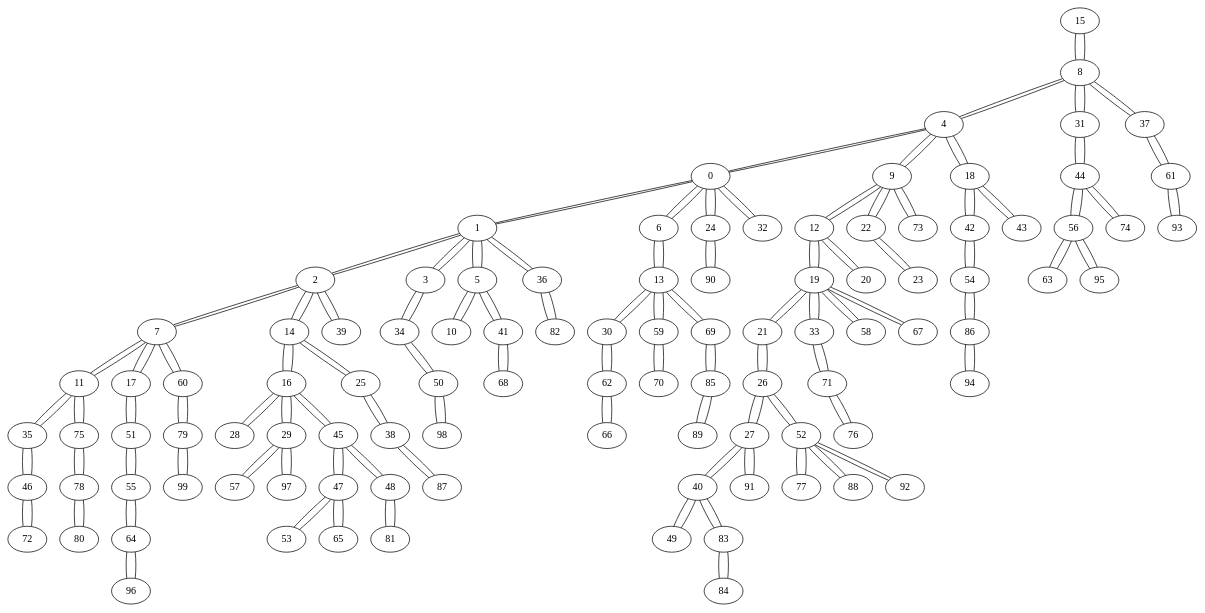
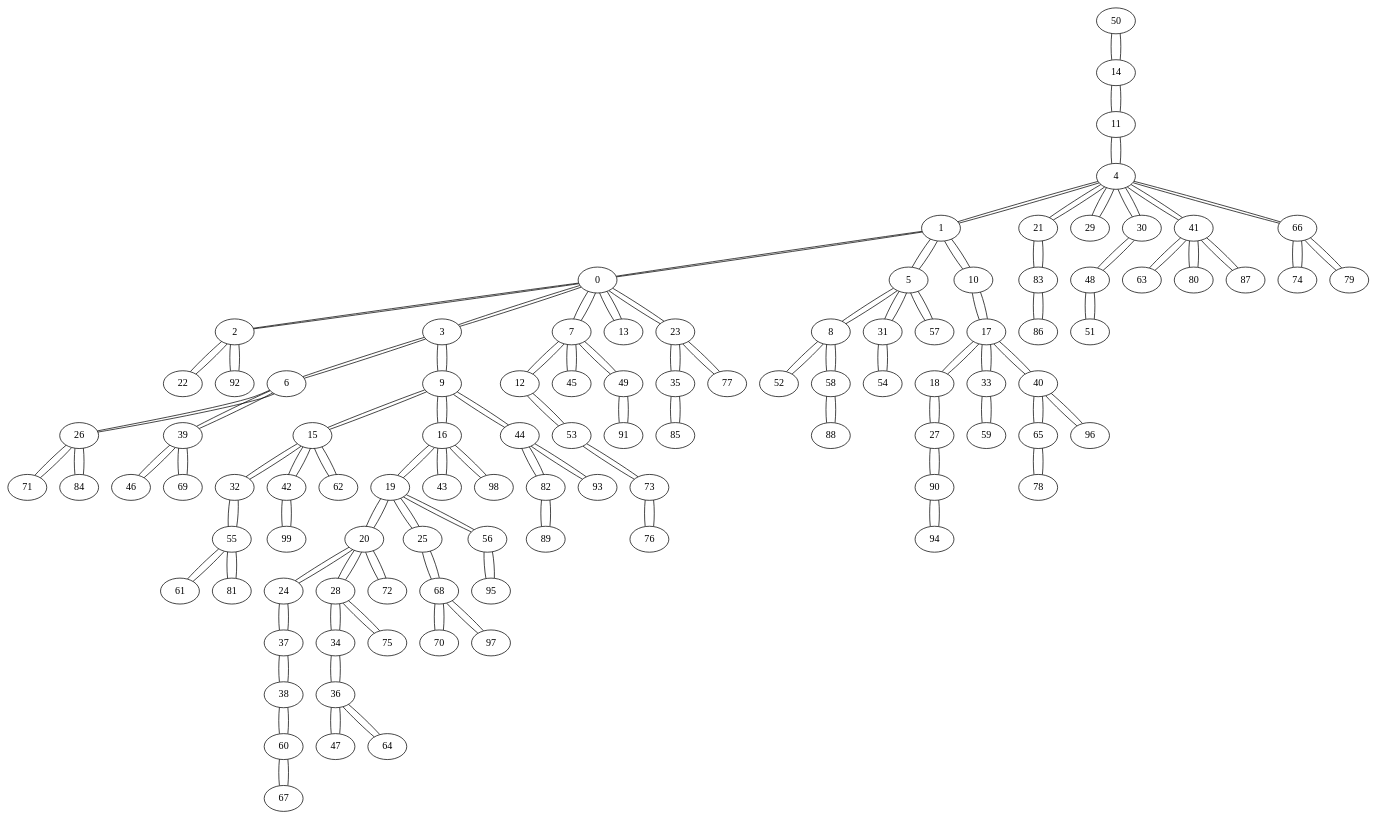
The diagram in grafos/Dorogovstev-Mendes/DorogovtsevMendes_100_DFSr.gv (chrisalmonte/P-Grafos), drawn with Graphviz before and after one commit. The commit also changed 72 other files, not shown here.

```diff
--- a/grafos/Dorogovstev-Mendes/DorogovtsevMendes_100_DFSr.gv
+++ b/grafos/Dorogovstev-Mendes/DorogovtsevMendes_100_DFSr.gv
@@ -1,200 +1,200 @@
 graph {
-15 -- 8
-8 -- 4
-8 -- 31
-8 -- 37
-8 -- 15
-4 -- 0
-4 -- 9
-4 -- 18
-4 -- 8
+50 -- 14
+14 -- 11
+14 -- 50
+11 -- 4
+11 -- 14
+4 -- 1
+4 -- 21
+4 -- 29
+4 -- 30
+4 -- 41
+4 -- 66
+4 -- 11
+1 -- 0
+1 -- 5
+1 -- 10
+1 -- 4
+0 -- 2
+0 -- 3
+0 -- 7
+0 -- 13
+0 -- 23
 0 -- 1
-0 -- 6
-0 -- 24
-0 -- 32
-0 -- 4
-1 -- 2
-1 -- 3
-1 -- 5
-1 -- 36
-1 -- 0
-2 -- 7
-2 -- 14
-2 -- 39
-2 -- 1
-7 -- 11
-7 -- 17
-7 -- 60
-7 -- 2
-11 -- 35
-11 -- 75
-11 -- 7
-35 -- 46
-35 -- 11
-46 -- 72
-46 -- 35
-72 -- 46
-75 -- 78
-75 -- 11
-78 -- 80
-78 -- 75
-80 -- 78
-17 -- 51
-17 -- 7
-51 -- 55
-51 -- 17
-55 -- 64
-55 -- 51
-64 -- 96
-64 -- 55
-96 -- 64
-60 -- 79
-60 -- 7
-79 -- 99
-79 -- 60
-99 -- 79
-14 -- 16
-14 -- 25
-14 -- 2
-16 -- 28
-16 -- 29
-16 -- 45
-16 -- 14
-28 -- 16
-29 -- 57
-29 -- 97
-29 -- 16
-57 -- 29
-97 -- 29
-45 -- 47
-45 -- 48
-45 -- 16
-47 -- 53
-47 -- 65
-47 -- 45
-53 -- 47
-65 -- 47
-48 -- 81
-48 -- 45
-81 -- 48
-25 -- 38
-25 -- 14
-38 -- 87
-38 -- 25
-87 -- 38
-39 -- 2
-3 -- 34
-3 -- 1
-34 -- 50
-34 -- 3
-50 -- 98
-50 -- 34
-98 -- 50
-5 -- 10
-5 -- 41
+2 -- 22
+2 -- 92
+2 -- 0
+22 -- 2
+92 -- 2
+3 -- 6
+3 -- 9
+3 -- 0
+6 -- 26
+6 -- 39
+6 -- 3
+26 -- 71
+26 -- 84
+26 -- 6
+71 -- 26
+84 -- 26
+39 -- 46
+39 -- 69
+39 -- 6
+46 -- 39
+69 -- 39
+9 -- 15
+9 -- 16
+9 -- 44
+9 -- 3
+15 -- 32
+15 -- 42
+15 -- 62
+15 -- 9
+32 -- 55
+32 -- 15
+55 -- 61
+55 -- 81
+55 -- 32
+61 -- 55
+81 -- 55
+42 -- 99
+42 -- 15
+99 -- 42
+62 -- 15
+16 -- 19
+16 -- 43
+16 -- 98
+16 -- 9
+19 -- 20
+19 -- 25
+19 -- 56
+19 -- 16
+20 -- 24
+20 -- 28
+20 -- 72
+20 -- 19
+24 -- 37
+24 -- 20
+37 -- 38
+37 -- 24
+38 -- 60
+38 -- 37
+60 -- 67
+60 -- 38
+67 -- 60
+28 -- 34
+28 -- 75
+28 -- 20
+34 -- 36
+34 -- 28
+36 -- 47
+36 -- 64
+36 -- 34
+47 -- 36
+64 -- 36
+75 -- 28
+72 -- 20
+25 -- 68
+25 -- 19
+68 -- 70
+68 -- 97
+68 -- 25
+70 -- 68
+97 -- 68
+56 -- 95
+56 -- 19
+95 -- 56
+43 -- 16
+98 -- 16
+44 -- 82
+44 -- 93
+44 -- 9
+82 -- 89
+82 -- 44
+89 -- 82
+93 -- 44
+7 -- 12
+7 -- 45
+7 -- 49
+7 -- 0
+12 -- 53
+12 -- 7
+53 -- 73
+53 -- 12
+73 -- 76
+73 -- 53
+76 -- 73
+45 -- 7
+49 -- 91
+49 -- 7
+91 -- 49
+13 -- 0
+23 -- 35
+23 -- 77
+23 -- 0
+35 -- 85
+35 -- 23
+85 -- 35
+77 -- 23
+5 -- 8
+5 -- 31
+5 -- 57
 5 -- 1
-10 -- 5
-41 -- 68
-41 -- 5
-68 -- 41
-36 -- 82
-36 -- 1
-82 -- 36
-6 -- 13
-6 -- 0
-13 -- 30
-13 -- 59
-13 -- 69
-13 -- 6
-30 -- 62
-30 -- 13
-62 -- 66
-62 -- 30
-66 -- 62
-59 -- 70
-59 -- 13
-70 -- 59
-69 -- 85
-69 -- 13
-85 -- 89
-85 -- 69
-89 -- 85
-24 -- 90
-24 -- 0
-90 -- 24
-32 -- 0
-9 -- 12
-9 -- 22
-9 -- 73
-9 -- 4
-12 -- 19
-12 -- 20
-12 -- 9
-19 -- 21
-19 -- 33
-19 -- 58
-19 -- 67
-19 -- 12
-21 -- 26
-21 -- 19
-26 -- 27
-26 -- 52
-26 -- 21
-27 -- 40
-27 -- 91
-27 -- 26
-40 -- 49
-40 -- 83
-40 -- 27
-49 -- 40
-83 -- 84
-83 -- 40
-84 -- 83
-91 -- 27
-52 -- 77
-52 -- 88
-52 -- 92
-52 -- 26
-77 -- 52
-88 -- 52
-92 -- 52
-33 -- 71
-33 -- 19
-71 -- 76
-71 -- 33
-76 -- 71
-58 -- 19
-67 -- 19
-20 -- 12
-22 -- 23
-22 -- 9
-23 -- 22
-73 -- 9
-18 -- 42
-18 -- 43
-18 -- 4
-42 -- 54
-42 -- 18
-54 -- 86
-54 -- 42
-86 -- 94
-86 -- 54
-94 -- 86
-43 -- 18
-31 -- 44
-31 -- 8
-44 -- 56
-44 -- 74
-44 -- 31
-56 -- 63
-56 -- 95
-56 -- 44
-63 -- 56
-95 -- 56
-74 -- 44
-37 -- 61
-37 -- 8
-61 -- 93
-61 -- 37
-93 -- 61
+8 -- 52
+8 -- 58
+8 -- 5
+52 -- 8
+58 -- 88
+58 -- 8
+88 -- 58
+31 -- 54
+31 -- 5
+54 -- 31
+57 -- 5
+10 -- 17
+10 -- 1
+17 -- 18
+17 -- 33
+17 -- 40
+17 -- 10
+18 -- 27
+18 -- 17
+27 -- 90
+27 -- 18
+90 -- 94
+90 -- 27
+94 -- 90
+33 -- 59
+33 -- 17
+59 -- 33
+40 -- 65
+40 -- 96
+40 -- 17
+65 -- 78
+65 -- 40
+78 -- 65
+96 -- 40
+21 -- 83
+21 -- 4
+83 -- 86
+83 -- 21
+86 -- 83
+29 -- 4
+30 -- 48
+30 -- 4
+48 -- 51
+48 -- 30
+51 -- 48
+41 -- 63
+41 -- 80
+41 -- 87
+41 -- 4
+63 -- 41
+80 -- 41
+87 -- 41
+66 -- 74
+66 -- 79
+66 -- 4
+74 -- 66
+79 -- 66
 }
```
